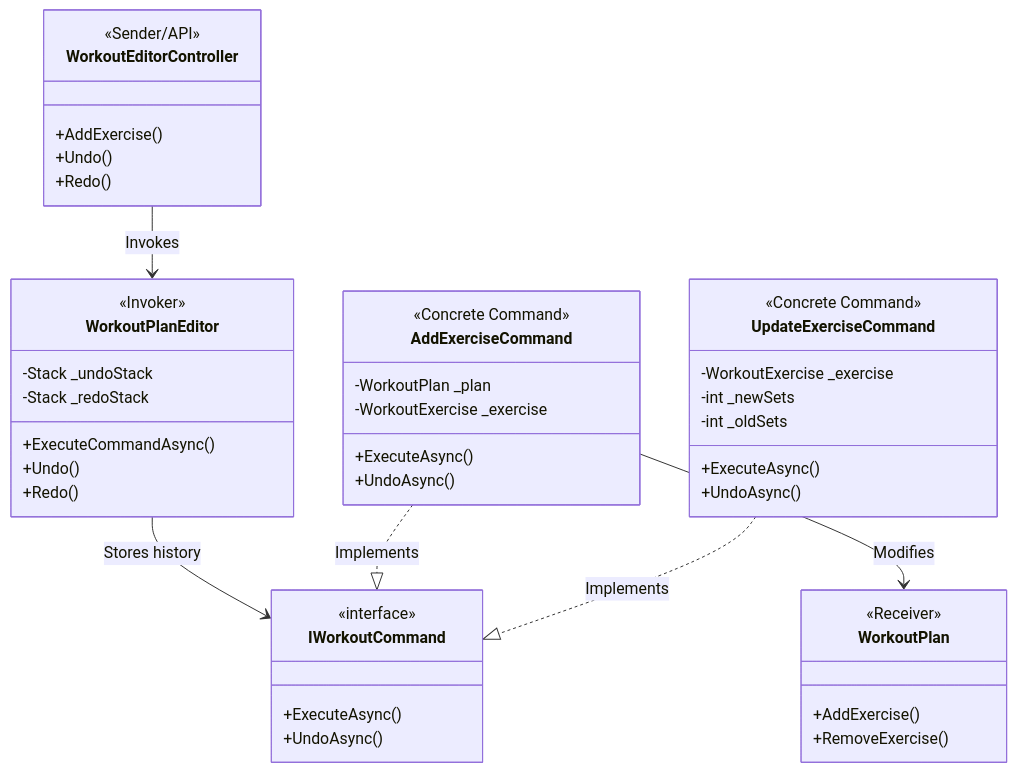
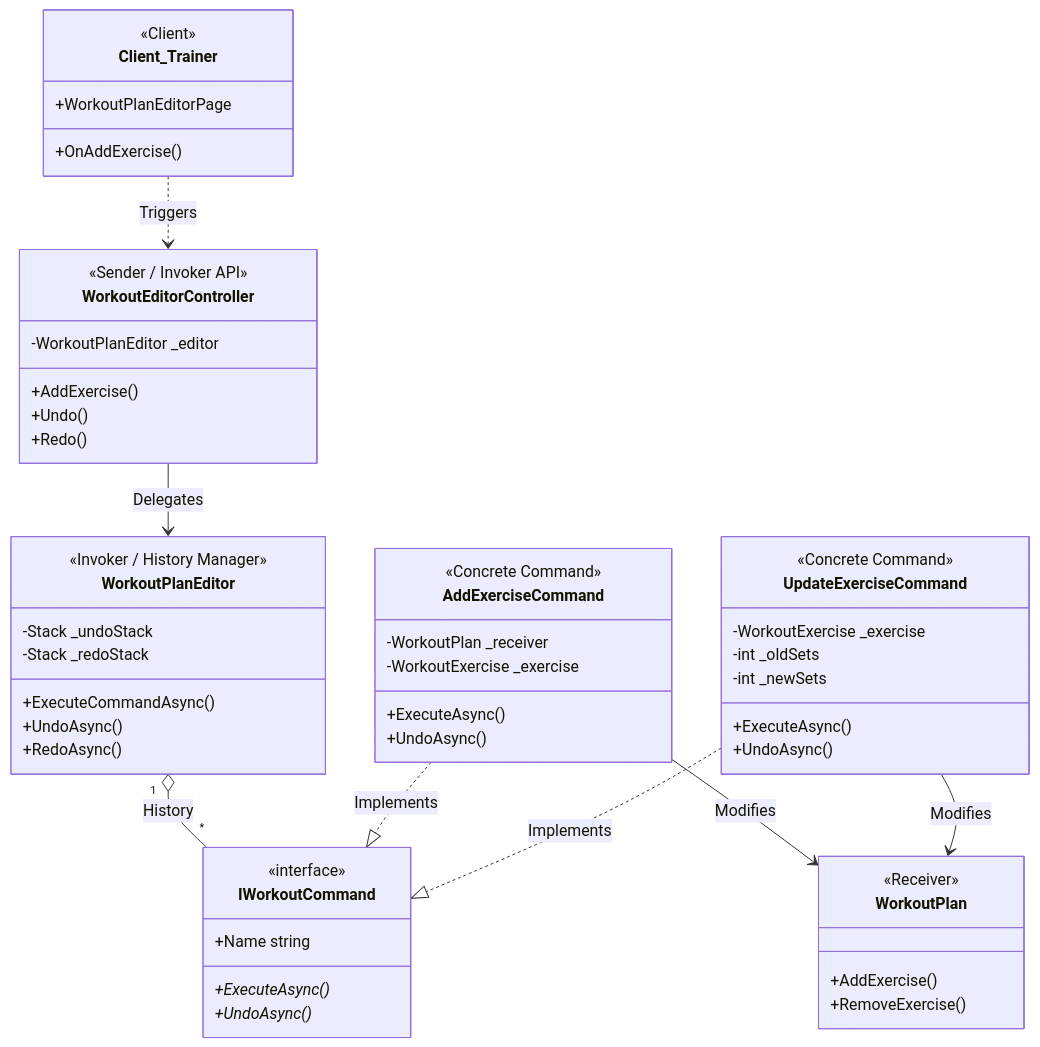
One commit to CrivoiDaniel/fitness-app changed the diagram in backend/command_design_pattern.md. Above: the diagram before and after it, drawn with Mermaid. The commit also changed other lines of this file and 8 other files, not shown here.

````diff
--- a/backend/command_design_pattern.md
+++ b/backend/command_design_pattern.md
@@ -6,53 +6,65 @@
 ```mermaid
 classDiagram
+    direction TB
+
+    class Client_Trainer {
+        <<Client>>
+        +WorkoutPlanEditorPage
+        +OnAddExercise()
+    }
+
     class WorkoutEditorController {
-        <<Sender/API>>
+        <<Sender / Invoker API>>
+        -WorkoutPlanEditor _editor
         +AddExercise()
         +Undo()
         +Redo()
     }
 
     class WorkoutPlanEditor {
-        <<Invoker>>
+        <<Invoker / History Manager>>
         -Stack _undoStack
         -Stack _redoStack
         +ExecuteCommandAsync()
-        +Undo()
-        +Redo()
+        +UndoAsync()
+        +RedoAsync()
     }
 
     class IWorkoutCommand {
         <<interface>>
-        +ExecuteAsync()
-        +UndoAsync()
+        +Name string
+        +ExecuteAsync()*
+        +UndoAsync()*
     }
 
     class AddExerciseCommand {
         <<Concrete Command>>
-        -WorkoutPlan _plan
+        -WorkoutPlan _receiver
         -WorkoutExercise _exercise
         +ExecuteAsync()
         +UndoAsync()
     }
 
     class UpdateExerciseCommand {
         <<Concrete Command>>
         -WorkoutExercise _exercise
+        -int _oldSets
         -int _newSets
-        -int _oldSets
         +ExecuteAsync()
         +UndoAsync()
     }
 
     class WorkoutPlan {
         <<Receiver>>
         +AddExercise()
         +RemoveExercise()
     }
 
-    WorkoutEditorController --> WorkoutPlanEditor : Invokes
-    WorkoutPlanEditor --> IWorkoutCommand : Stores history
+    Client_Trainer ..> WorkoutEditorController : Triggers
+    WorkoutEditorController --> WorkoutPlanEditor : Delegates
+    WorkoutPlanEditor "1" o-- "*" IWorkoutCommand : History
     AddExerciseCommand ..|> IWorkoutCommand : Implements
     UpdateExerciseCommand ..|> IWorkoutCommand : Implements
     AddExerciseCommand --> WorkoutPlan : Modifies
+    UpdateExerciseCommand --> WorkoutPlan : Modifies
 ```
````
